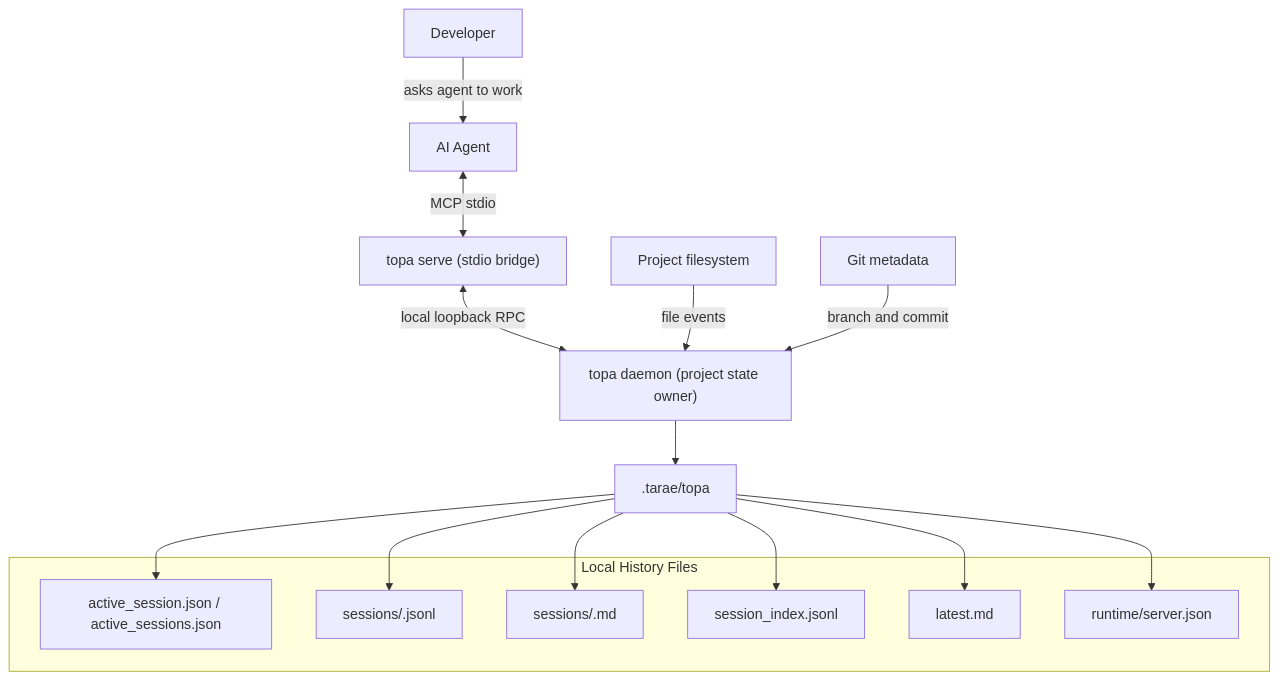
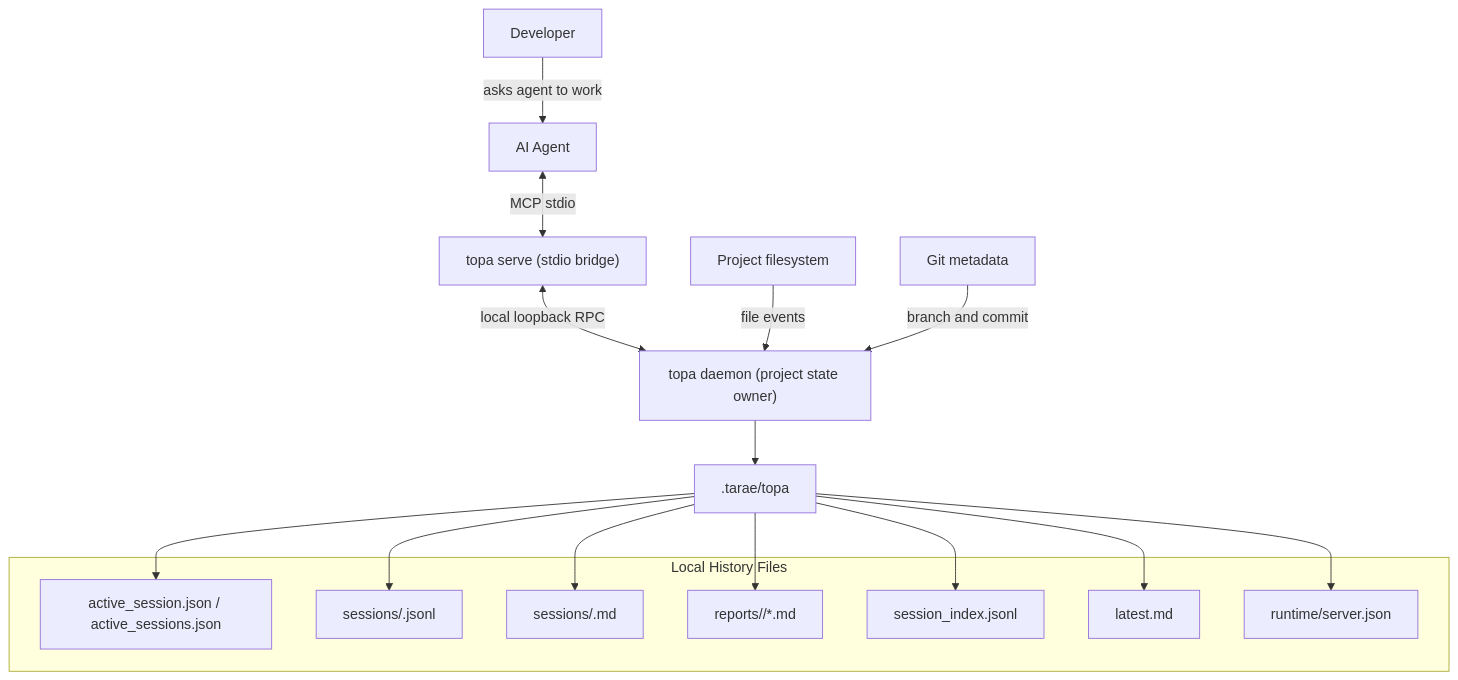
The diagram in docs/Architecture.md (InsightFrom/tarae), drawn with Mermaid before and after one commit. The commit also changed other lines of this file and 19 other files, not shown here.

````diff
--- a/docs/Architecture.md
+++ b/docs/Architecture.md
@@ -9,25 +9,27 @@
 ```mermaid
 flowchart TB
     User["Developer"] -->|"asks agent to work"| Agent["AI Agent"]
     Agent <-->|"MCP stdio"| Bridge["topa serve (stdio bridge)"]
     Bridge <-->|"local loopback RPC"| Daemon["topa daemon (project state owner)"]
     Files["Project filesystem"] -->|"file events"| Daemon
     Git["Git metadata"] -->|"branch and commit"| Daemon
     Daemon --> History[".tarae/topa"]
 
     subgraph HistoryFiles["Local History Files"]
         Active["active_session.json / active_sessions.json"]
         Jsonl["sessions/<session-id>.jsonl"]
         Md["sessions/<session-id>.md"]
+        Reports["reports/<session-id>/*.md"]
         Index["session_index.jsonl"]
         Latest["latest.md"]
         Runtime["runtime/server.json"]
     end
 
     History --> Active
     History --> Jsonl
     History --> Md
+    History --> Reports
     History --> Index
     History --> Latest
     History --> Runtime
 ```
````
